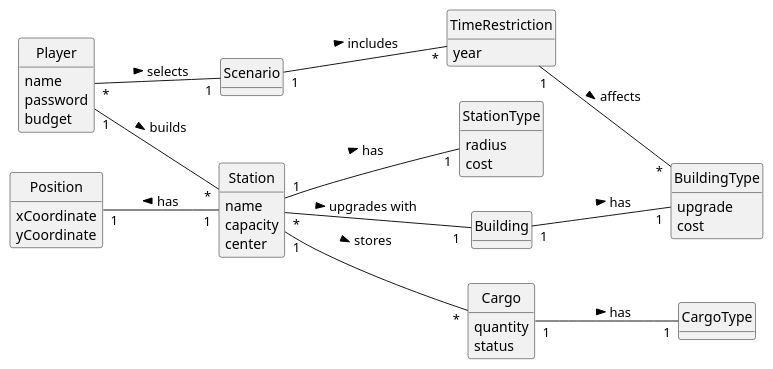
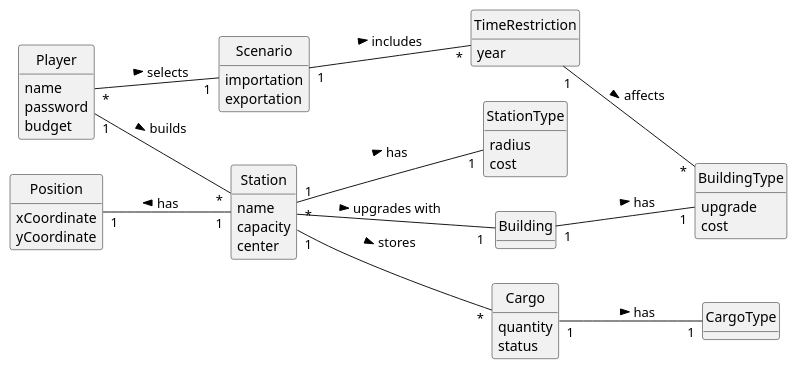
One commit to 1240935/pi2-railway-simulator changed the diagram in Sprint2/US007/02.analysis/puml/US007-DM.puml. Above: the diagram before and after it, drawn with PlantUML. The commit also changed 13 other files, not shown here.

```diff
--- a/Sprint2/US007/02.analysis/puml/US007-DM.puml
+++ b/Sprint2/US007/02.analysis/puml/US007-DM.puml
@@ -1,70 +1,72 @@
 @startuml
 skinparam monochrome true
 skinparam packageStyle rectangle
 skinparam shadowing false
 'skinparam linetype ortho
 'left to right direction
 skinparam classAttributeIconSize 0
 hide circle
 hide methods
 
 left to right direction
 
 class Player {
     name
     password
     budget
 }
 
 class Station {
     name
     capacity
     center
 }
 
 class StationType{
     radius
     cost
 }
 
 class Building {
 }
 
 class BuildingType {
     upgrade
     cost
 }
 
 class Scenario {
+    importation
+    exportation
 }
 
 class Position{
     xCoordinate
     yCoordinate
 }
 
 class Cargo {
     quantity
     status
 }
 
 class CargoType{
 }
 
 class TimeRestriction{
     year
 }
 
 Player "1" -- "*" Station: builds >
 Player "*" -- "1" Scenario : selects >
 Station "*" -- "1 "Building:  upgrades with  >
 Station "1" -- "1" StationType: has >
 Building "1" -- "1" BuildingType : has >
 Position "1" -- "1" Station: has <
 Station "1" -- "*" Cargo : stores >
 Cargo "1" -- "1" CargoType: has >
 Scenario "1" -- "*" TimeRestriction: includes >
 TimeRestriction "1" -- "*" BuildingType: affects >
 
 
 @enduml
```
